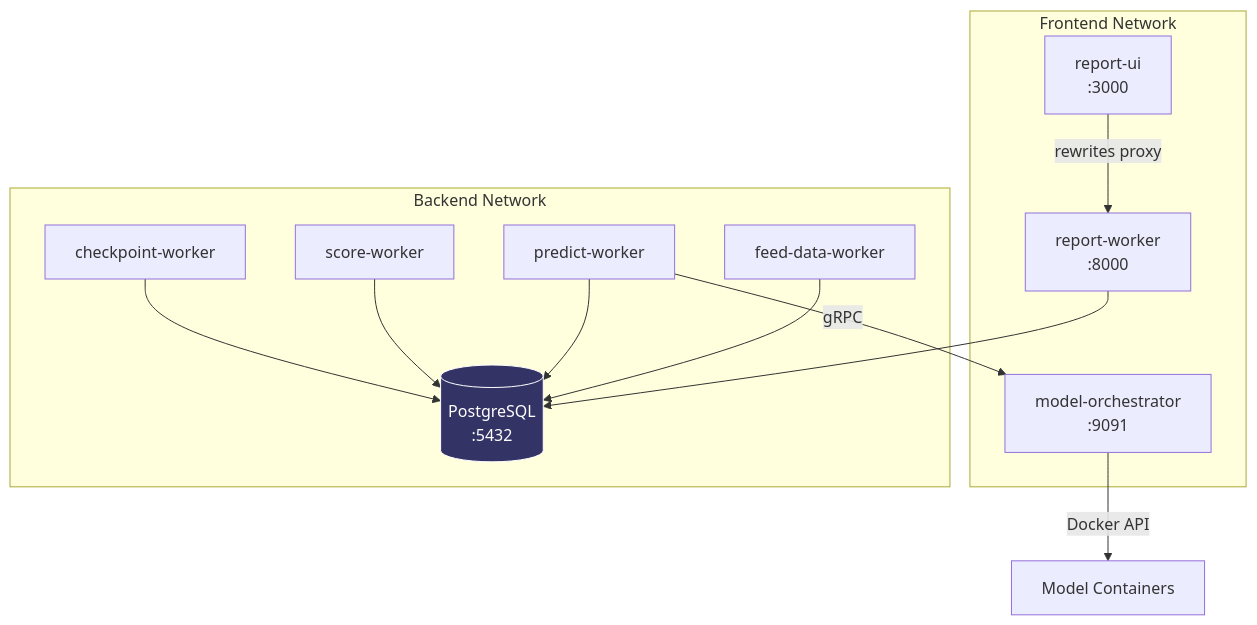
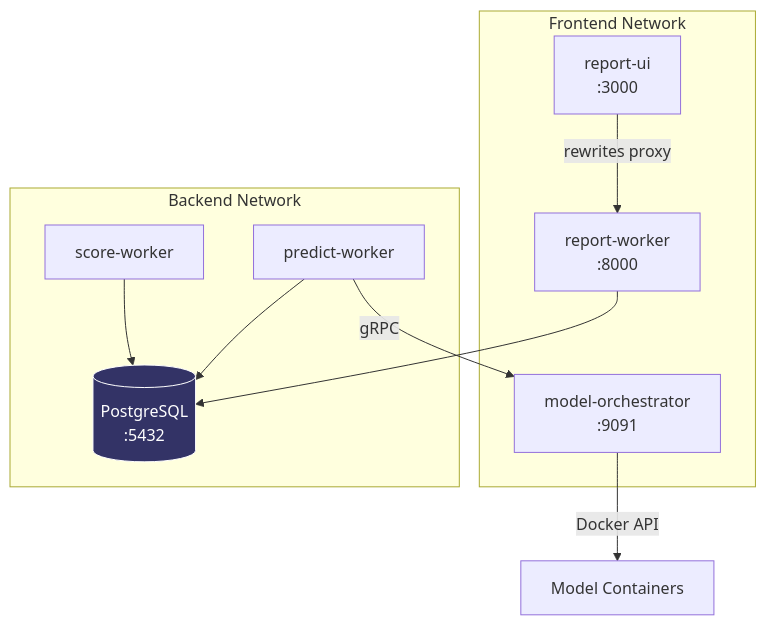
The first of 2 diagrams in docs/deployment.md (crunchdao/crunch-node-starter), drawn with Mermaid before and after one commit. The commit also changed other lines of this file and 24 other files, not shown here.

First line of the commit message:
Rename coordinator-node → crunch-node and remove stale feed/checkpoint worker refs

````diff
--- a/docs/deployment.md
+++ b/docs/deployment.md
@@ -5,27 +5,23 @@
 ```mermaid
 graph TB
     subgraph "Frontend Network"
         UI["report-ui<br/>:3000"]
         RW["report-worker<br/>:8000"]
         MO["model-orchestrator<br/>:9091"]
     end
 
     subgraph "Backend Network"
-        FDW["feed-data-worker"]
         PW["predict-worker"]
         SW["score-worker"]
-        CW["checkpoint-worker"]
         DB[("PostgreSQL<br/>:5432")]
     end
 
     UI -->|"rewrites proxy"| RW
     RW --> DB
-    FDW --> DB
     PW --> DB
     PW -->|gRPC| MO
     MO -->|"Docker API"| MC["Model Containers"]
     SW --> DB
-    CW --> DB
 
     style DB fill:#336,stroke:#fff,color:#fff
 ```
````
